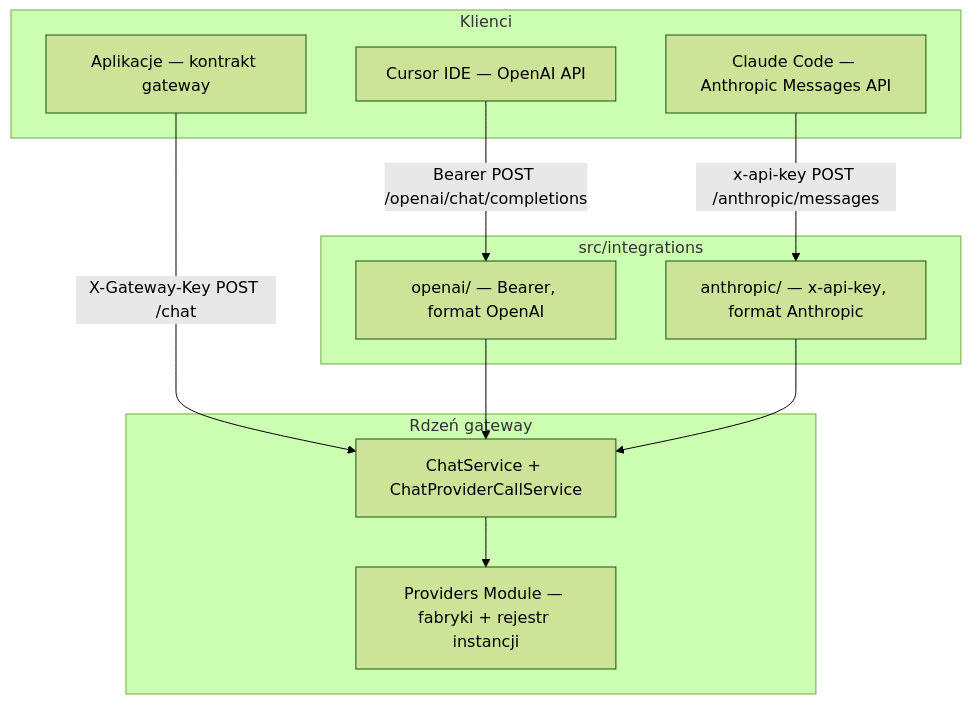
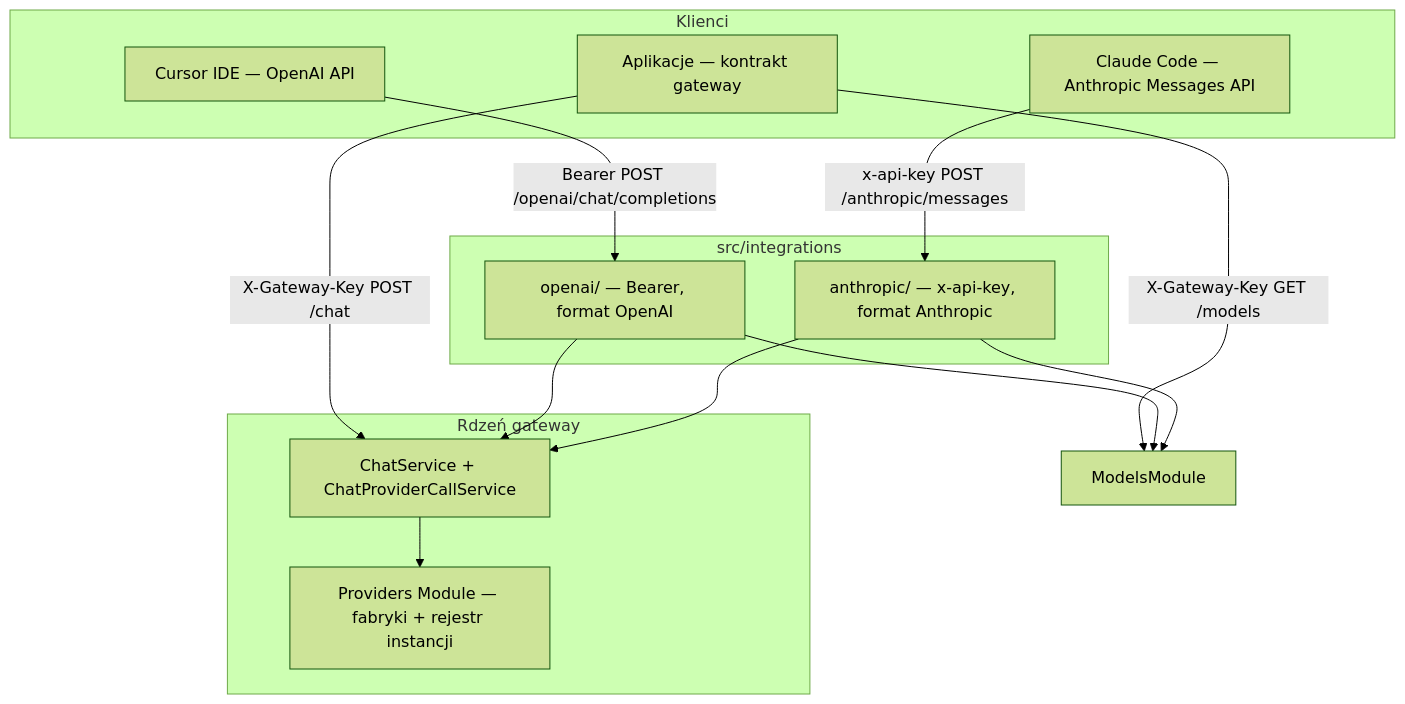
One commit to matej2314/ai-provider-gateway changed the second of 2 diagrams in docs/integracje.md. Above: the diagram before and after it, drawn with Mermaid (forest theme). The commit also changed other lines of this file and 25 other files, not shown here.

````diff
--- a/docs/integracje.md
+++ b/docs/integracje.md
@@ -74,25 +75,28 @@
 ```mermaid
 flowchart TB
   subgraph clients [Klienci]
     native[Aplikacje — kontrakt gateway]
     cursor[Cursor IDE — OpenAI API]
     claude[Claude Code — Anthropic Messages API]
   end
 
   subgraph integrations [src/integrations]
     openaiF[openai/ — Bearer, format OpenAI]
     anthropicF[anthropic/ — x-api-key, format Anthropic]
   end
 
   subgraph core [Rdzeń gateway]
     chat[ChatService + ChatProviderCallService]
     providers[Providers Module — fabryki + rejestr instancji]
   end
 
   native -->|X-Gateway-Key POST /chat| chat
+  native -->|X-Gateway-Key GET /models| models[ModelsModule]
   cursor -->|Bearer POST /openai/chat/completions| openaiF
   claude -->|x-api-key POST /anthropic/messages| anthropicF
   openaiF --> chat
+  openaiF --> models
   anthropicF --> chat
+  anthropicF --> models
   chat --> providers
 ```
````
